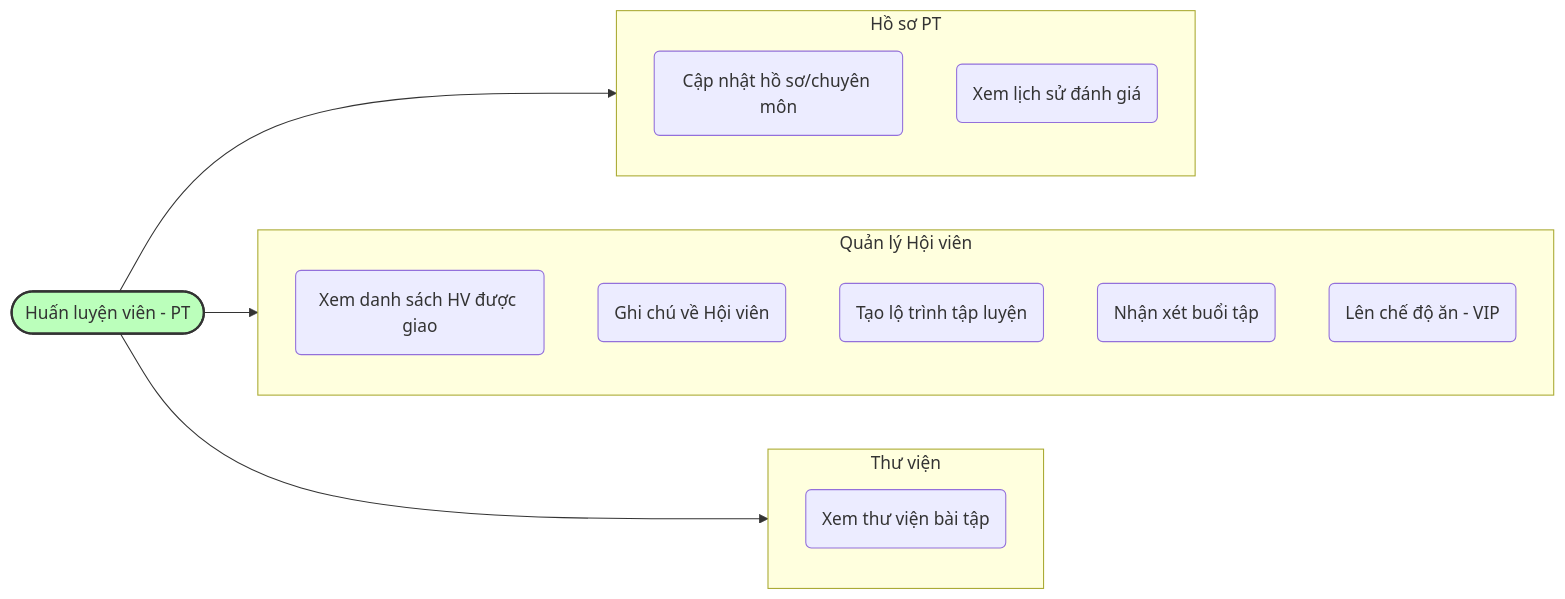
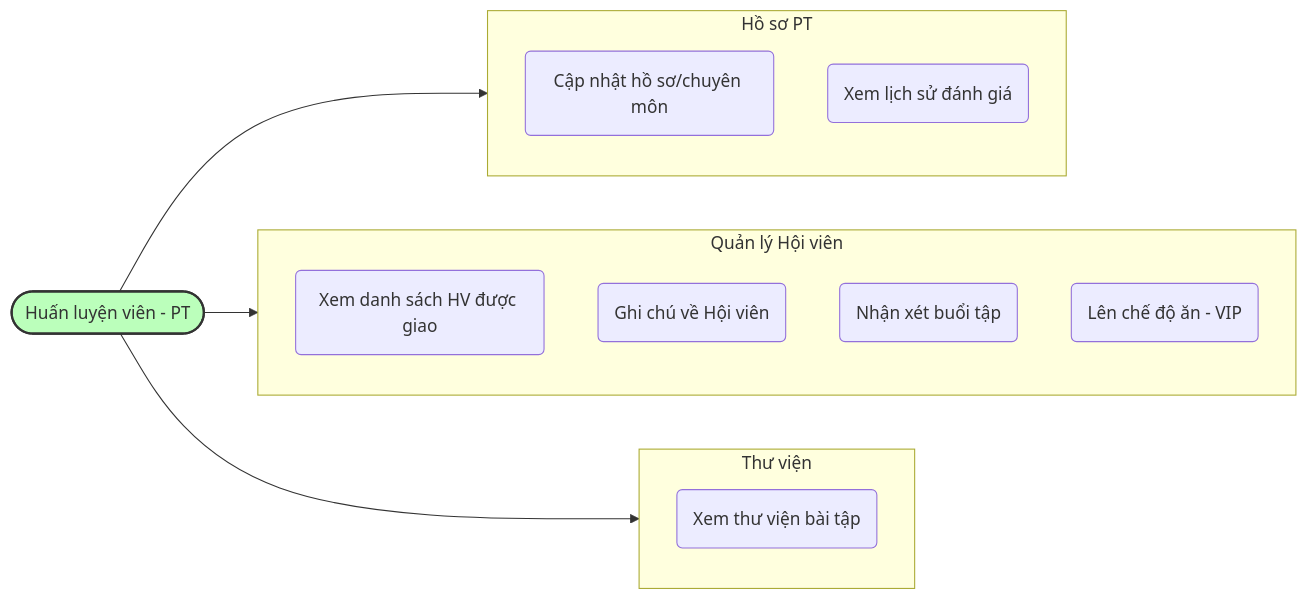
Before and after one commit to hungddv1007/DATN: the fourth of 5 diagrams in use_case_diagrams.md, drawn with Mermaid. The commit also changed other lines of this file and 109 other files, not shown here.

````diff
--- a/use_case_diagrams.md
+++ b/use_case_diagrams.md
@@ -115,27 +113,26 @@
 ```mermaid
 flowchart LR
     Actor([Huấn luyện viên - PT])
 
     subgraph HoSoPT [Hồ sơ PT]
         CapNhatHoSo(Cập nhật hồ sơ/chuyên môn)
         XemLichSu(Xem lịch sử đánh giá)
     end
 
     subgraph QuanLyHoiVien [Quản lý Hội viên]
         XemDanhSachHV(Xem danh sách HV được giao)
         GhiChu(Ghi chú về Hội viên)
-        LenLoTrinh(Tạo lộ trình tập luyện)
         NhanXet(Nhận xét buổi tập)
         LenThucDon(Lên chế độ ăn - VIP)
     end
     
     subgraph ThuVien [Thư viện]
         XemBaiTap(Xem thư viện bài tập)
     end
 
     Actor --> HoSoPT
     Actor --> QuanLyHoiVien
     Actor --> ThuVien
 
     style Actor fill:#bfb,stroke:#333,stroke-width:2px
 ```
````
